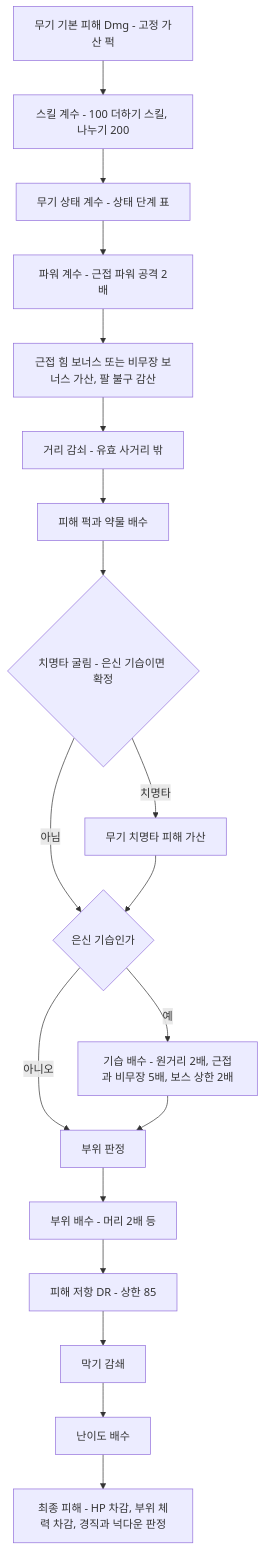
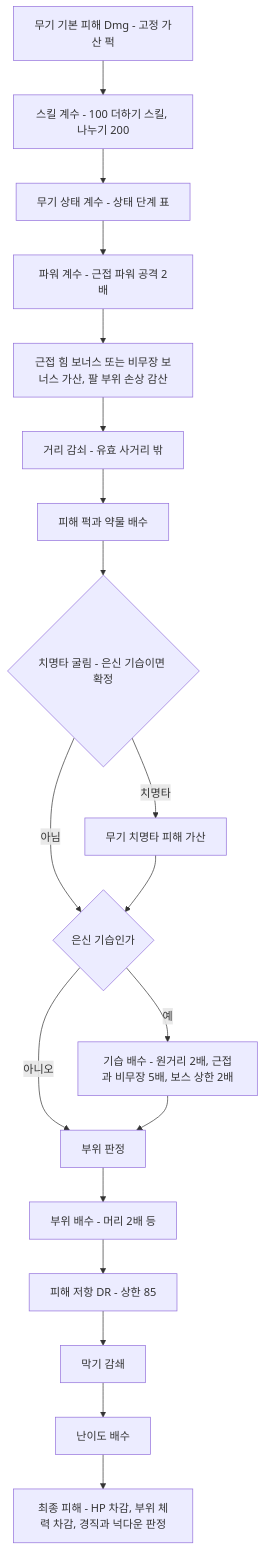
The second of 5 diagrams in docs/seoul-fallout/11_combat-system.md (forsurvive/003), drawn with Mermaid before and after one commit. The commit also changed other lines of this file and 18 other files, not shown here.

````diff
--- a/docs/seoul-fallout/11_combat-system.md
+++ b/docs/seoul-fallout/11_combat-system.md
@@ -384,21 +384,21 @@
 ```mermaid
 flowchart TD
   A["무기 기본 피해 Dmg - 고정 가산 퍽"] --> B["스킬 계수 - 100 더하기 스킬, 나누기 200"]
   B --> C["무기 상태 계수 - 상태 단계 표"]
   C --> D["파워 계수 - 근접 파워 공격 2배"]
-  D --> E["근접 힘 보너스 또는 비무장 보너스 가산, 팔 불구 감산"]
+  D --> E["근접 힘 보너스 또는 비무장 보너스 가산, 팔 부위 손상 감산"]
   E --> F["거리 감쇠 - 유효 사거리 밖"]
   F --> G["피해 퍽과 약물 배수"]
   G --> H{"치명타 굴림 - 은신 기습이면 확정"}
   H -->|"치명타"| I["무기 치명타 피해 가산"]
   H -->|"아님"| J{"은신 기습인가"}
   I --> J
   J -->|"예"| K["기습 배수 - 원거리 2배, 근접과 비무장 5배, 보스 상한 2배"]
   J -->|"아니오"| L["부위 판정"]
   K --> L
   L --> M["부위 배수 - 머리 2배 등"]
   M --> N["피해 저항 DR - 상한 85"]
   N --> O["막기 감쇄"]
   O --> P["난이도 배수"]
   P --> Q["최종 피해 - HP 차감, 부위 체력 차감, 경직과 넉다운 판정"]
 ```
````
